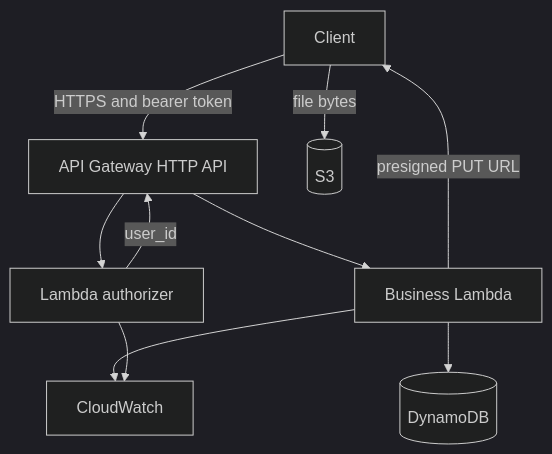
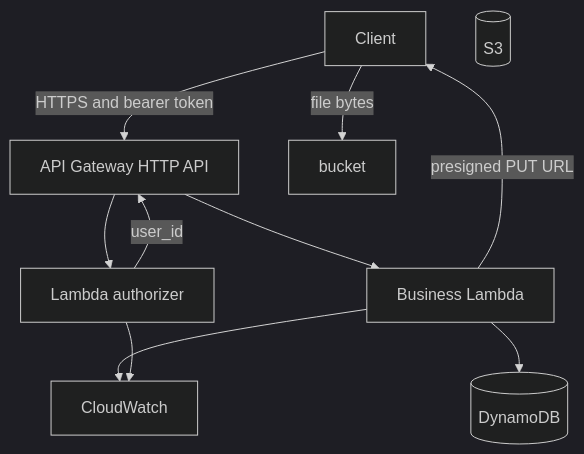
Before and after one commit to gazimaksudur2/aws-expense-tracker: the diagram in README.md, drawn with Mermaid (dark theme). The commit also changed other lines of this file and 4 other files, not shown here.

````diff
--- a/README.md
+++ b/README.md
@@ -221,20 +273,20 @@
 ```mermaid
 flowchart TD
   client[Client]
   gateway[API Gateway HTTP API]
   authorizer[Lambda authorizer]
   api[Business Lambda]
   db[(DynamoDB)]
-  bucket[(S3)]
+  fc[(S3)]
   logs[CloudWatch]
 
   client -->|HTTPS and bearer token| gateway
   gateway --> authorizer
   authorizer -->|user_id| gateway
   gateway --> api
   api --> db
   api -->|presigned PUT URL| client
   client -->|file bytes| bucket
   api --> logs
   authorizer --> logs
 ```
````
